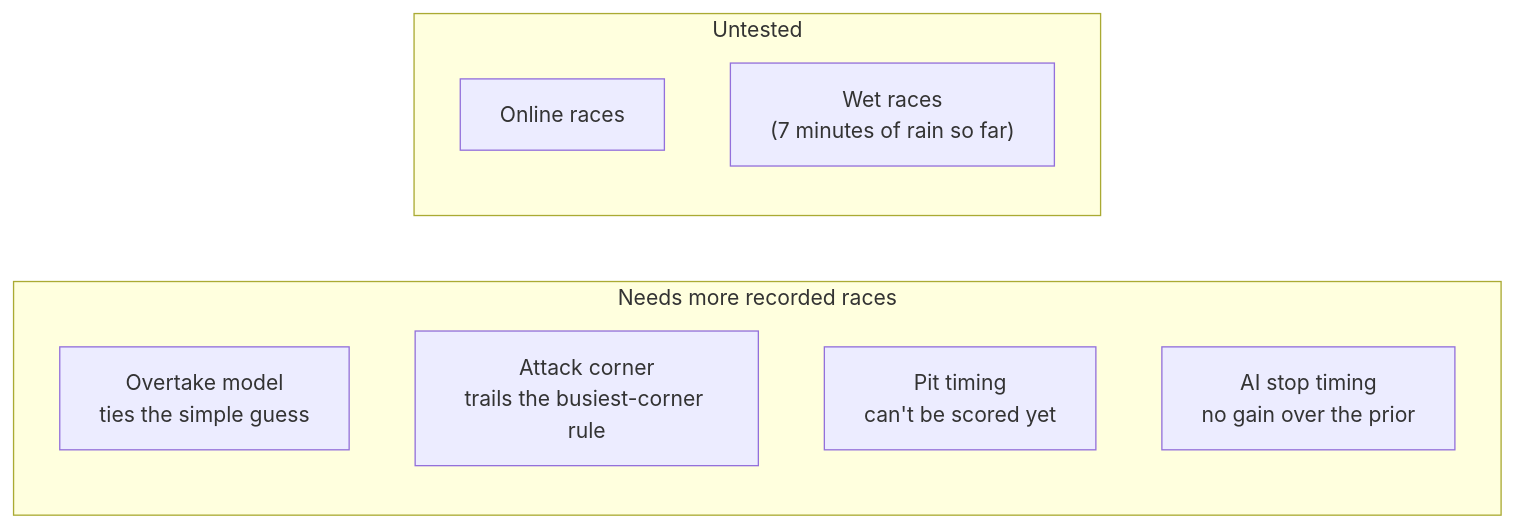
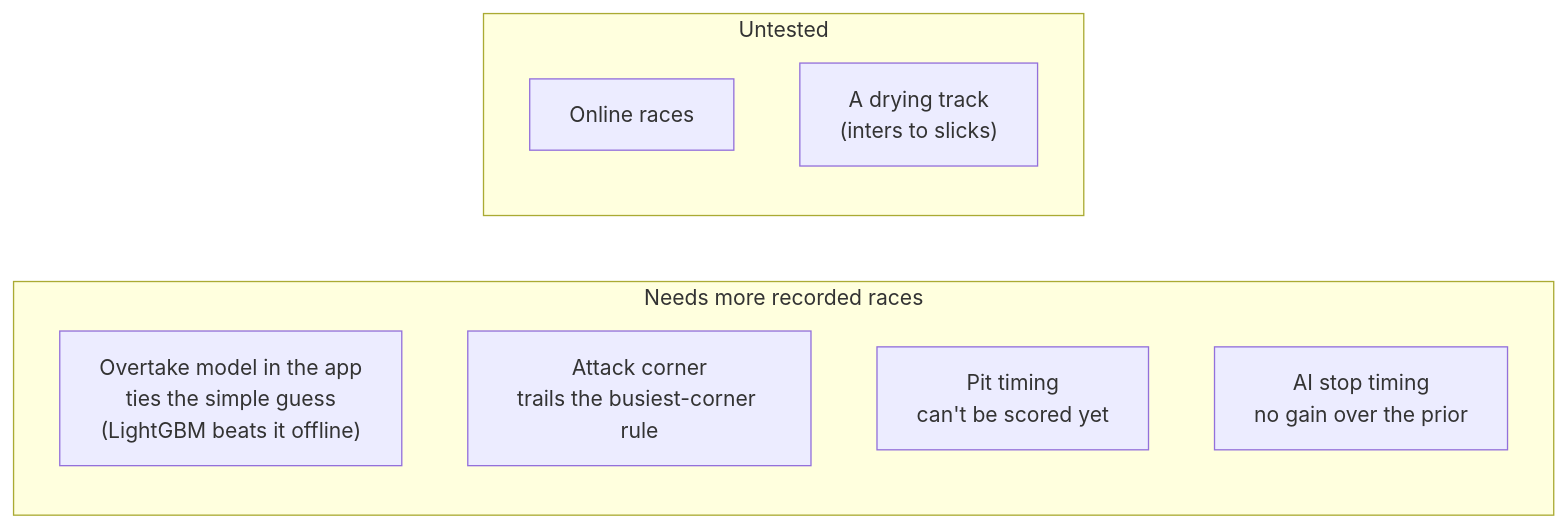
Before and after one commit to srikarnadella/f1-race-engineer: the diagram in docs/status.md, drawn with Mermaid. The commit also changed other lines of this file and 13 other files, not shown here.

First line of the commit message:
LightGBM overtake model beats the gap-only baseline; docs and site synced

````diff
--- a/docs/status.md
+++ b/docs/status.md
@@ -18,13 +18,13 @@
 ```mermaid
 flowchart LR
     subgraph NEED["Needs more recorded races"]
-        A["Overtake model<br/>ties the simple guess"]
+        A["Overtake model in the app<br/>ties the simple guess<br/>(LightGBM beats it offline)"]
         B["Attack corner<br/>trails the busiest-corner rule"]
         C["Pit timing<br/>can't be scored yet"]
         D["AI stop timing<br/>no gain over the prior"]
     end
     subgraph UNTESTED["Untested"]
         E["Online races"]
-        F["Wet races<br/>(7 minutes of rain so far)"]
+        F["A drying track<br/>(inters to slicks)"]
     end
 ```
````
